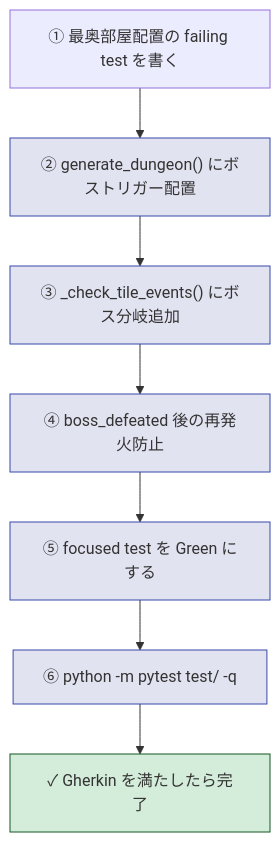
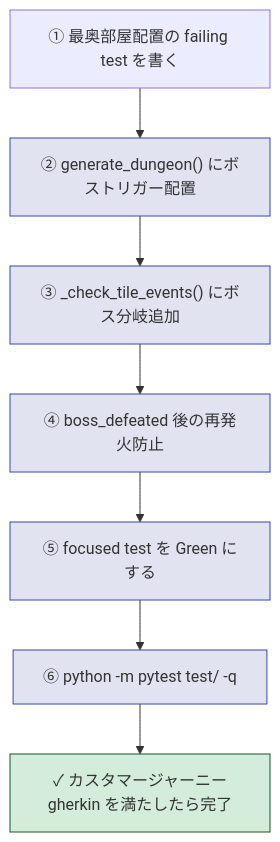
One commit to tatsuro-ueda/code-quest-pyxel changed the seventh of 8 diagrams in docs/steering/done/20260413-j38-dungeon-boss-trigger.md. Above: the diagram before and after it, drawn with Mermaid. The commit also changed other lines of this file and 27 other files, not shown here.

````diff
--- a/docs/steering/done/20260413-j38-dungeon-boss-trigger.md
+++ b/docs/steering/done/20260413-j38-dungeon-boss-trigger.md
@@ -198,15 +198,15 @@
 ```mermaid
 flowchart TD
     D1["① 最奥部屋配置の failing test を書く"] --> D2["② generate_dungeon() にボストリガー配置"]
     D2 --> D3["③ _check_tile_events() にボス分岐追加"]
     D3 --> D4["④ boss_defeated 後の再発火防止"]
     D4 --> D5["⑤ focused test を Green にする"]
     D5 --> D6["⑥ python -m pytest test/ -q"]
-    D6 --> DONE["✓ Gherkin を満たしたら完了"]
+    D6 --> DONE["✓ カスタマージャーニーgherkin を満たしたら完了"]
 
     classDef gate fill:#e2e3f1,stroke:#3949ab;
     classDef done fill:#d4edda,stroke:#155724;
 
     class D2,D3,D4,D5,D6 gate;
     class DONE done;
 ```
````
